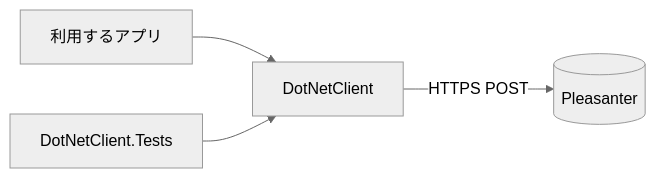
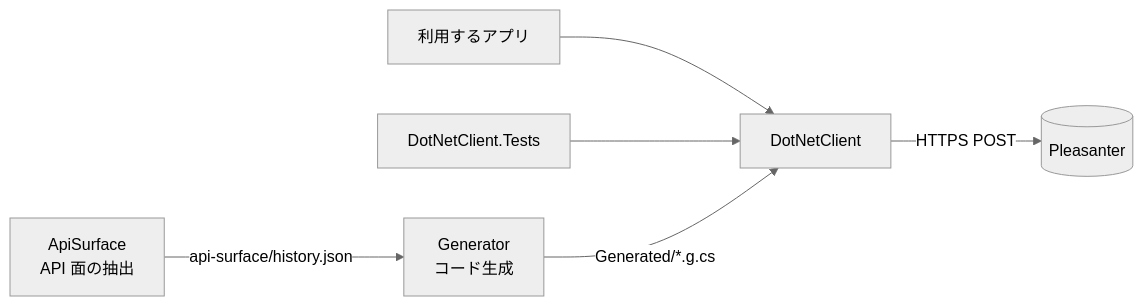
The diagram in _documents/アーキテクチャ方針.md (vehiclevisionjp/VehicleVision.PleasanterTools.DotNetClient), drawn with Mermaid (neutral theme) before and after one commit. The commit also changed other lines of this file and 151 other files, not shown here.

````diff
--- a/_documents/アーキテクチャ方針.md
+++ b/_documents/アーキテクチャ方針.md
@@ -10,6 +10,8 @@
 ```mermaid
 flowchart LR
     App[利用するアプリ] --> Client[DotNetClient]
     Tests[DotNetClient.Tests] --> Client
     Client -->|HTTPS POST| Pleasanter[(Pleasanter)]
+    Surface[ApiSurface<br>API 面の抽出] -->|api-surface/history.json| Generator[Generator<br>コード生成]
+    Generator -->|Generated/*.g.cs| Client
 ```
````
